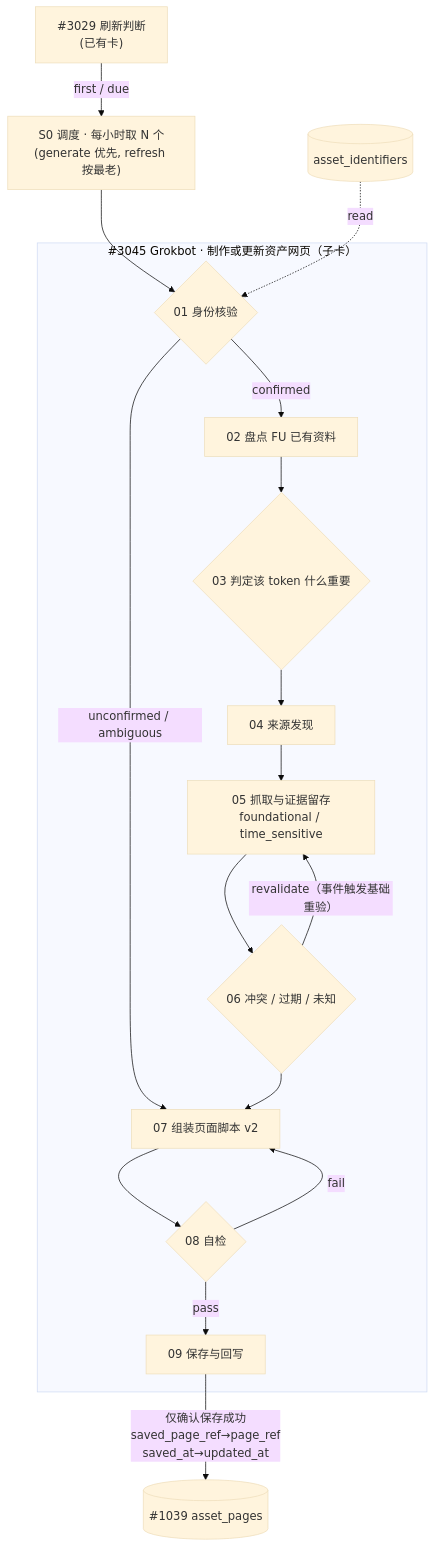
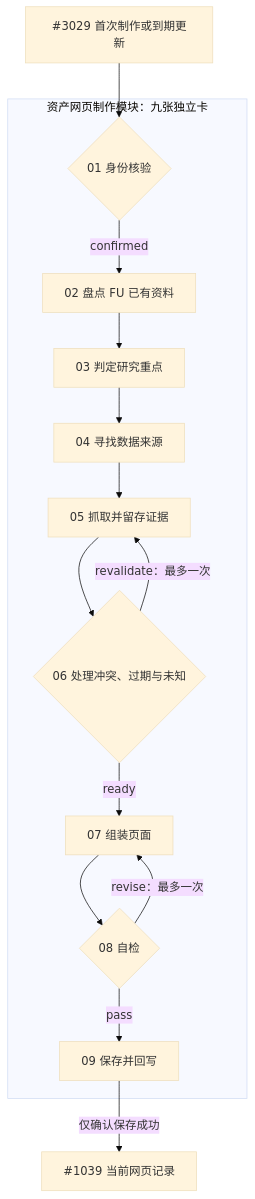
Before and after one commit to lkyxuan/SignalStudio: the diagram in docs/drafts/asset-research-cards/README.md, drawn with Mermaid (base theme). The commit also changed other lines of this file and 3 other files, not shown here.

````diff
--- a/docs/drafts/asset-research-cards/README.md
+++ b/docs/drafts/asset-research-cards/README.md
@@ -11,24 +28,14 @@
 ```mermaid
 flowchart TD
-  R3029["#3029 刷新判断<br/>(已有卡)"] -- "first / due" --> S0["S0 调度 · 每小时取 N 个<br/>(generate 优先, refresh 按最老)"]
-  subgraph G3045["#3045 Grokbot · 制作或更新资产网页（子卡）"]
-    C1{"01 身份核验"}
-    C2["02 盘点 FU 已有资料"]
-    C3{"03 判定该 token 什么重要"}
-    C4["04 来源发现"]
-    C5["05 抓取与证据留存<br/>foundational / time_sensitive"]
-    C6{"06 冲突 / 过期 / 未知"}
-    C7["07 组装页面脚本 v2"]
-    C8{"08 自检"}
-    C9["09 保存与回写"]
-    C1 -- confirmed --> C2 --> C3 --> C4 --> C5 --> C6
-    C1 -- "unconfirmed / ambiguous" --> C7
-    C6 -- "revalidate（事件触发基础重验）" --> C5
-    C6 --> C7 --> C8
-    C8 -- fail --> C7
-    C8 -- pass --> C9
+  A["#3029 首次制作或到期更新"] --> B
+  subgraph M["资产网页制作模块：九张独立卡"]
+    B{"01 身份核验"} -->|confirmed| C["02 盘点 FU 已有资料"]
+    C --> D["03 判定研究重点"] --> E["04 寻找数据来源"]
+    E --> F["05 抓取并留存证据"] --> G{"06 处理冲突、过期与未知"}
+    G -->|ready| H["07 组装页面"] --> I{"08 自检"}
+    G -->|"revalidate：最多一次"| F
+    I -->|"revise：最多一次"| H
+    I -->|pass| J["09 保存并回写"]
   end
-  S0 --> C1
-  AI[("asset_identifiers")] -. read .-> C1
-  C9 -- "仅确认保存成功<br/>saved_page_ref→page_ref<br/>saved_at→updated_at" --> T1039[("#1039 asset_pages")]
+  J -->|"仅确认保存成功"| K["#1039 当前网页记录"]
 ```
````
